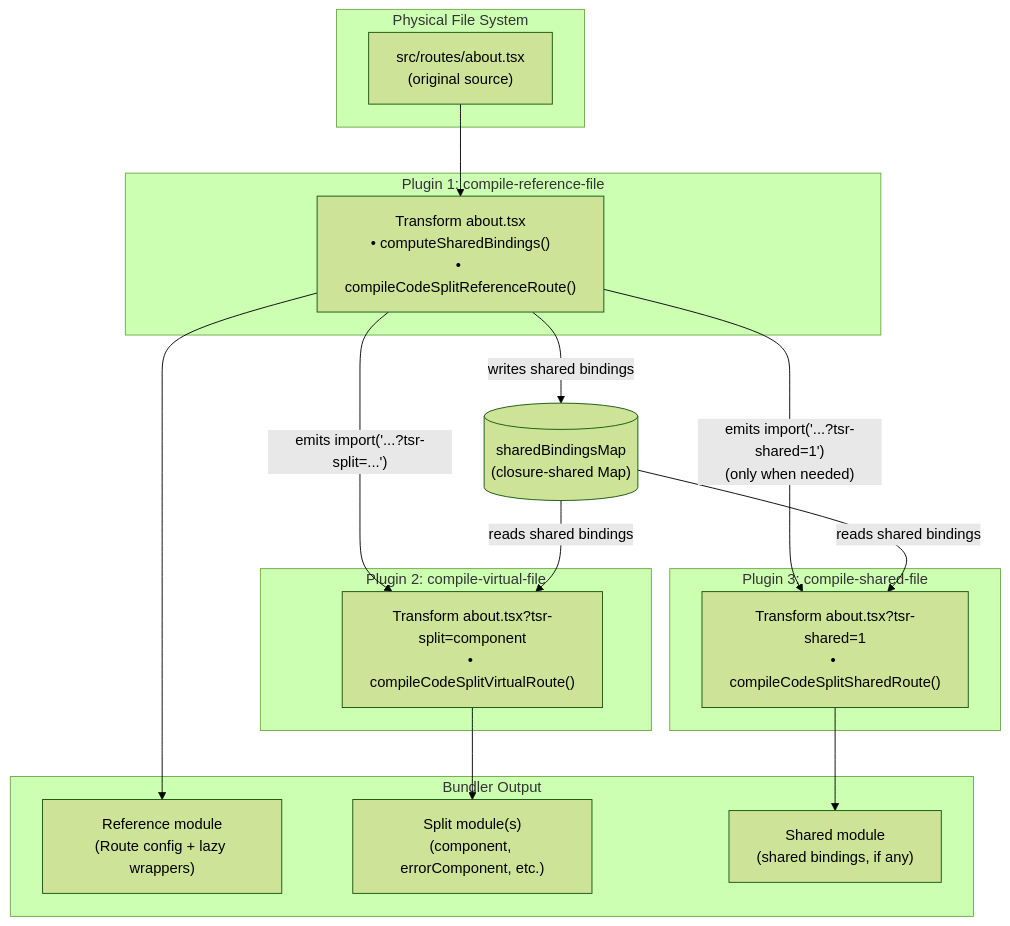
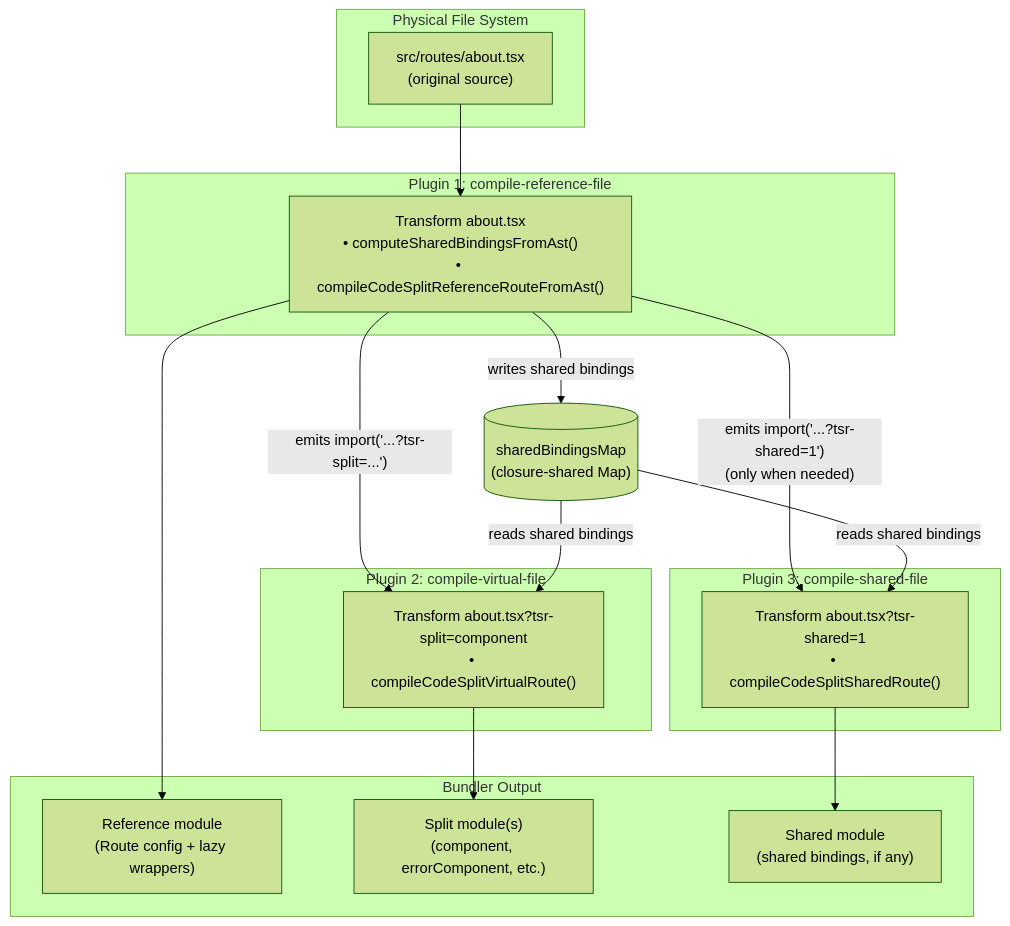
One commit to TanStack/router changed the first of 5 diagrams in packages/router-plugin/ARCHITECTURE-CODE-SPLITTING.md. Above: the diagram before and after it, drawn with Mermaid (forest theme). The commit also changed other lines of this file and 2 other files, not shown here.

````diff
--- a/packages/router-plugin/ARCHITECTURE-CODE-SPLITTING.md
+++ b/packages/router-plugin/ARCHITECTURE-CODE-SPLITTING.md
@@ -71,37 +71,37 @@
 ```mermaid
 flowchart TB
     subgraph "Physical File System"
         RF["src/routes/about.tsx<br/>(original source)"]
     end
 
     subgraph "Plugin 1: compile-reference-file"
-        P1["Transform about.tsx<br/>• computeSharedBindings()<br/>• compileCodeSplitReferenceRoute()"]
+        P1["Transform about.tsx<br/>• computeSharedBindingsFromAst()<br/>• compileCodeSplitReferenceRouteFromAst()"]
     end
 
     subgraph "Plugin 2: compile-virtual-file"
         P2["Transform about.tsx?tsr-split=component<br/>• compileCodeSplitVirtualRoute()"]
     end
 
     subgraph "Plugin 3: compile-shared-file"
         P3["Transform about.tsx?tsr-shared=1<br/>• compileCodeSplitSharedRoute()"]
     end
 
     SBM[("sharedBindingsMap<br/>(closure-shared Map)")]
 
     RF --> P1
     P1 -->|"writes shared bindings"| SBM
     P1 -->|"emits import('...?tsr-split=...')"| P2
     P1 -->|"emits import('...?tsr-shared=1')\n(only when needed)"| P3
     SBM -->|"reads shared bindings"| P2
     SBM -->|"reads shared bindings"| P3
 
     subgraph "Bundler Output"
         REF["Reference module<br/>(Route config + lazy wrappers)"]
         SPLIT["Split module(s)<br/>(component, errorComponent, etc.)"]
         SHARED["Shared module<br/>(shared bindings, if any)"]
     end
 
     P1 --> REF
     P2 --> SPLIT
     P3 --> SHARED
 ```
````
